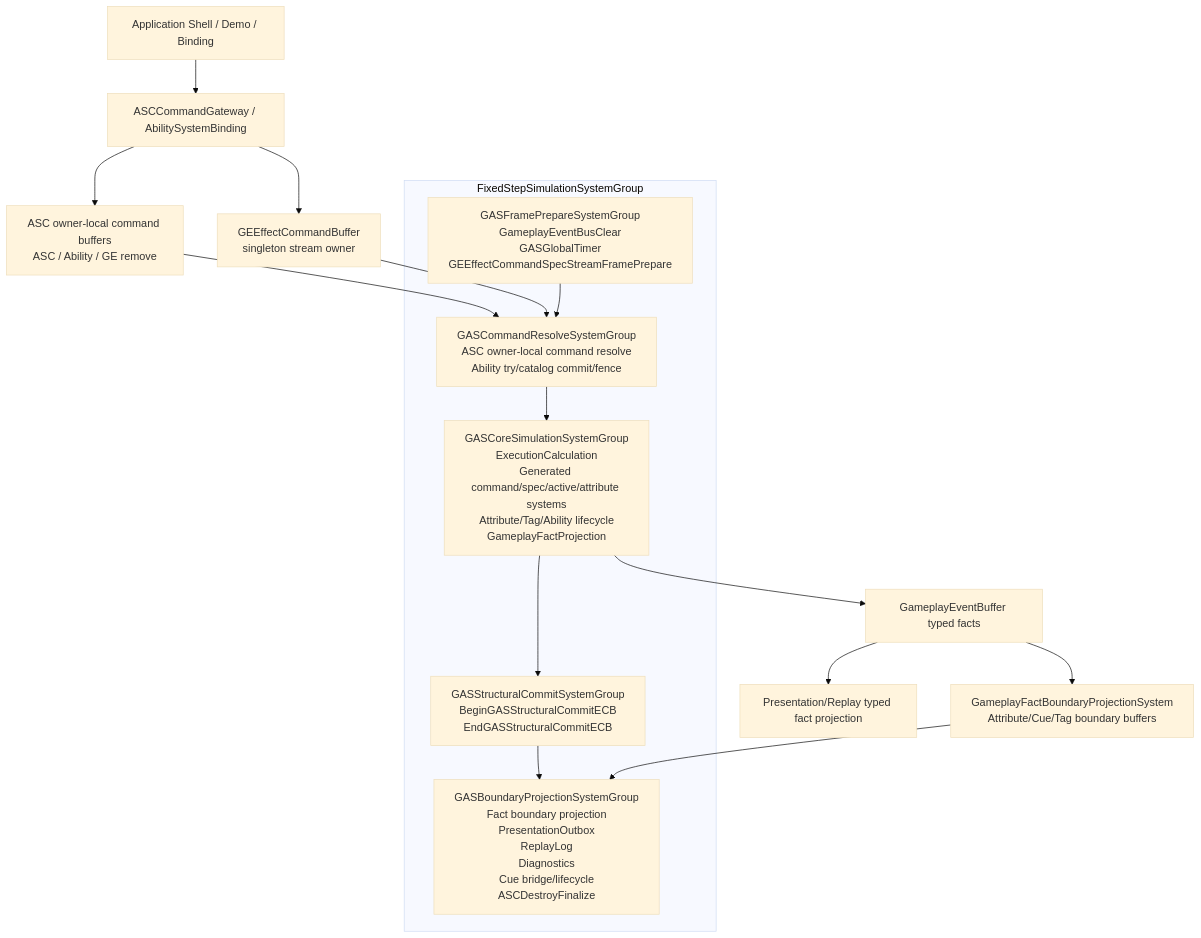
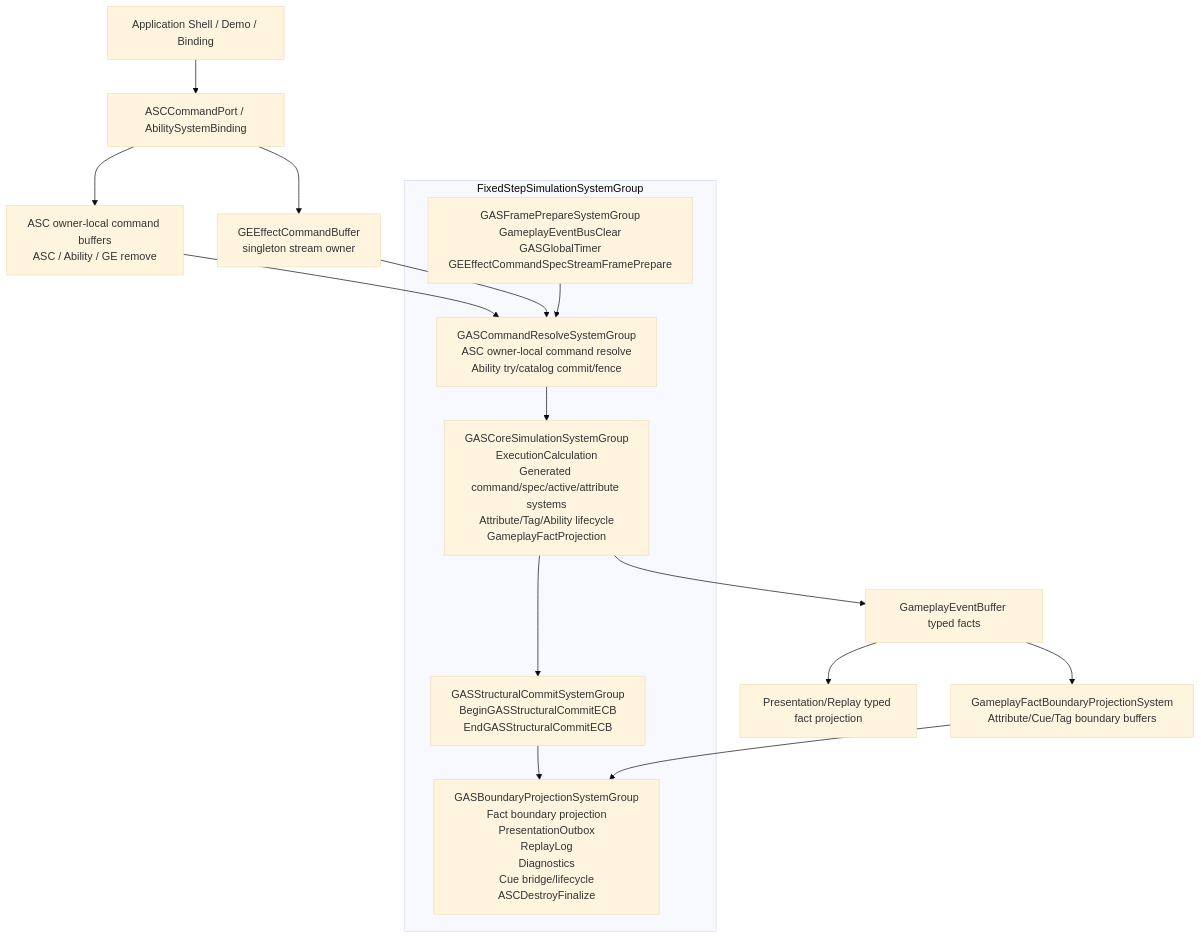
One commit to Bo-ki/gameplay-ability-system-for-unity changed the first of 2 diagrams in 方案讨论/针对2.0的ECS架构的迭代方案讨论/00-当前架构事实/当前架构图.md. Above: the diagram before and after it, drawn with Mermaid (base theme). The commit also changed other lines of this file and 220 other files, not shown here.

````diff
--- a/方案讨论/针对2.0的ECS架构的迭代方案讨论/00-当前架构事实/当前架构图.md
+++ b/方案讨论/针对2.0的ECS架构的迭代方案讨论/00-当前架构事实/当前架构图.md
@@ -7,24 +7,24 @@
 ```mermaid
 flowchart TD
-    Shell["Application Shell / Demo / Binding"] --> Gateway["ASCCommandGateway / AbilitySystemBinding"]
-    Gateway --> OwnerCommands["ASC owner-local command buffers\nASC / Ability / GE remove"]
-    Gateway --> EffectCommand["GEEffectCommandBuffer\nsingleton stream owner"]
+    Shell["Application Shell / Demo / Binding"] --> CommandPort["ASCCommandPort / AbilitySystemBinding"]
+    CommandPort --> OwnerCommands["ASC owner-local command buffers\nASC / Ability / GE remove"]
+    CommandPort --> EffectCommand["GEEffectCommandBuffer\nsingleton stream owner"]
 
     OwnerCommands --> CommandResolve["GASCommandResolveSystemGroup"]
     EffectCommand --> CommandResolve
 
     subgraph FixedStep["FixedStepSimulationSystemGroup"]
         FramePrepare["GASFramePrepareSystemGroup\nGameplayEventBusClear\nGASGlobalTimer\nGEEffectCommandSpecStreamFramePrepare"]
         CommandResolve["GASCommandResolveSystemGroup\nASC owner-local command resolve\nAbility try/catalog commit/fence"]
         Core["GASCoreSimulationSystemGroup\nExecutionCalculation\nGenerated command/spec/active/attribute systems\nAttribute/Tag/Ability lifecycle\nGameplayFactProjection"]
         Structural["GASStructuralCommitSystemGroup\nBeginGASStructuralCommitECB\nEndGASStructuralCommitECB"]
         Boundary["GASBoundaryProjectionSystemGroup\nFact boundary projection\nPresentationOutbox\nReplayLog\nDiagnostics\nCue bridge/lifecycle\nASCDestroyFinalize"]
     end
 
     FramePrepare --> CommandResolve --> Core --> Structural --> Boundary
 
     Core --> TypedFacts["GameplayEventBuffer typed facts"]
     TypedFacts --> Observation["Presentation/Replay typed fact projection"]
     TypedFacts --> BoundaryProjection["GameplayFactBoundaryProjectionSystem\nAttribute/Cue/Tag boundary buffers"]
     BoundaryProjection --> Boundary
 ```
````
